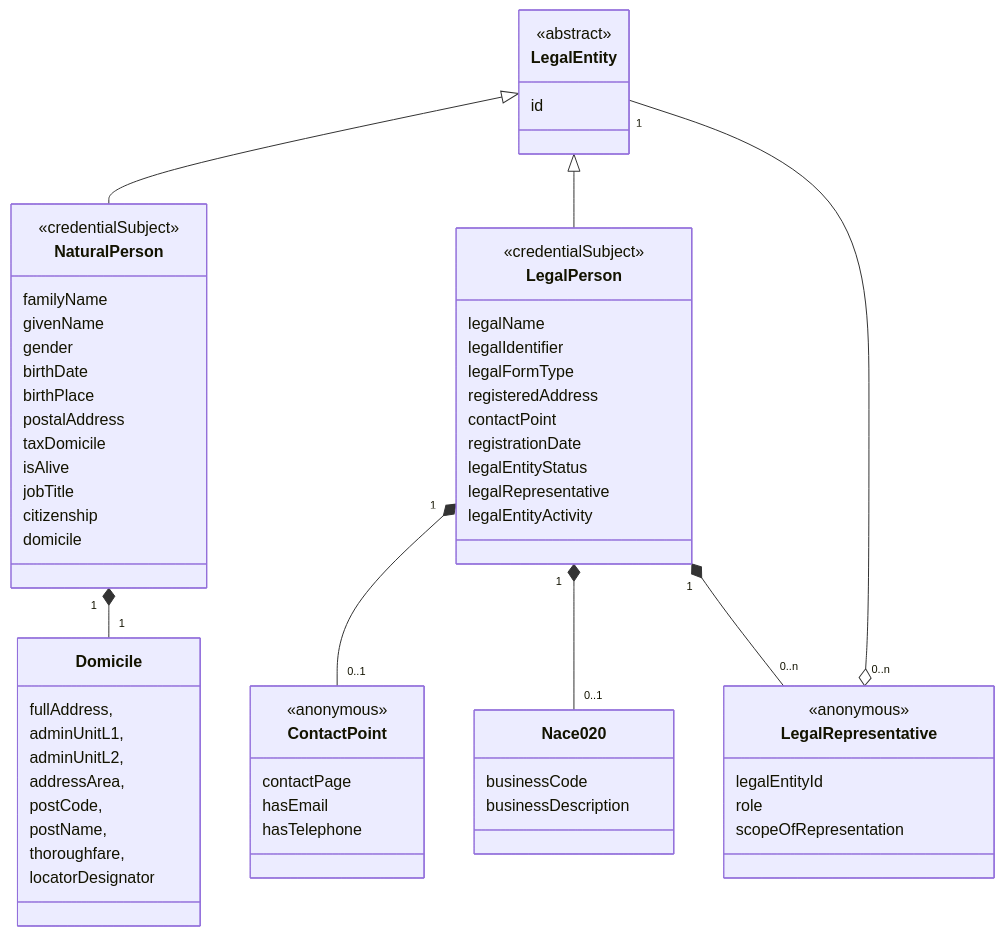
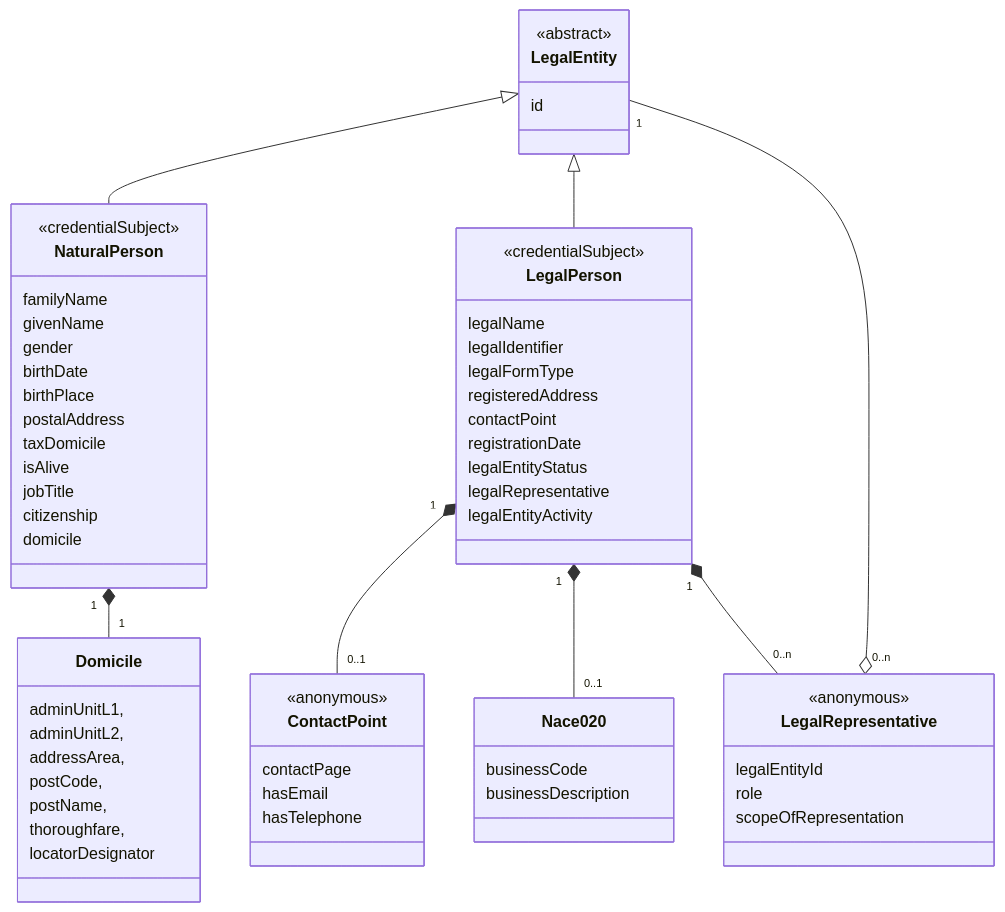
Before and after one commit to spherity/oid-public: the diagram in docs/contexts/eucc/vocabulary.md, drawn with Mermaid. The commit also changed other lines of this file and 2 other files, not shown here.

````diff
--- a/docs/contexts/eucc/vocabulary.md
+++ b/docs/contexts/eucc/vocabulary.md
@@ -157,67 +151,66 @@
 ```mermaid
 classDiagram
 
     class LegalEntity{
         <<abstract>>
         id
     }
     class LegalPerson{
         <<credentialSubject>>
         legalName
         legalIdentifier
         legalFormType
         registeredAddress
         contactPoint
         registrationDate
         legalEntityStatus
         legalRepresentative
         legalEntityActivity
     }
     class LegalRepresentative{
         <<anonymous>>
         legalEntityId
         role
         scopeOfRepresentation
     }
     class ContactPoint{
         <<anonymous>>
         contactPage
         hasEmail
         hasTelephone
     }
     class NaturalPerson{
         <<credentialSubject>>
         familyName
         givenName
         gender
         birthDate
         birthPlace
         postalAddress
         taxDomicile
         isAlive
         jobTitle
         citizenship
         domicile
     }
     class Nace020{
         businessCode
         businessDescription
     }
     class Domicile{
-        fullAddress,
         adminUnitL1,
         adminUnitL2,
         addressArea,
         postCode,
         postName,
         thoroughfare,
         locatorDesignator
     }
     LegalPerson "1" *-- "0..1" ContactPoint
     LegalPerson "1" *-- "0..1" Nace020
     LegalPerson "1" *-- "0..n" LegalRepresentative
     LegalRepresentative "0..n" o-- "1" LegalEntity
     LegalEntity <|-- NaturalPerson
     LegalEntity <|-- LegalPerson
     NaturalPerson "1" *-- "1" Domicile
 ```
````
